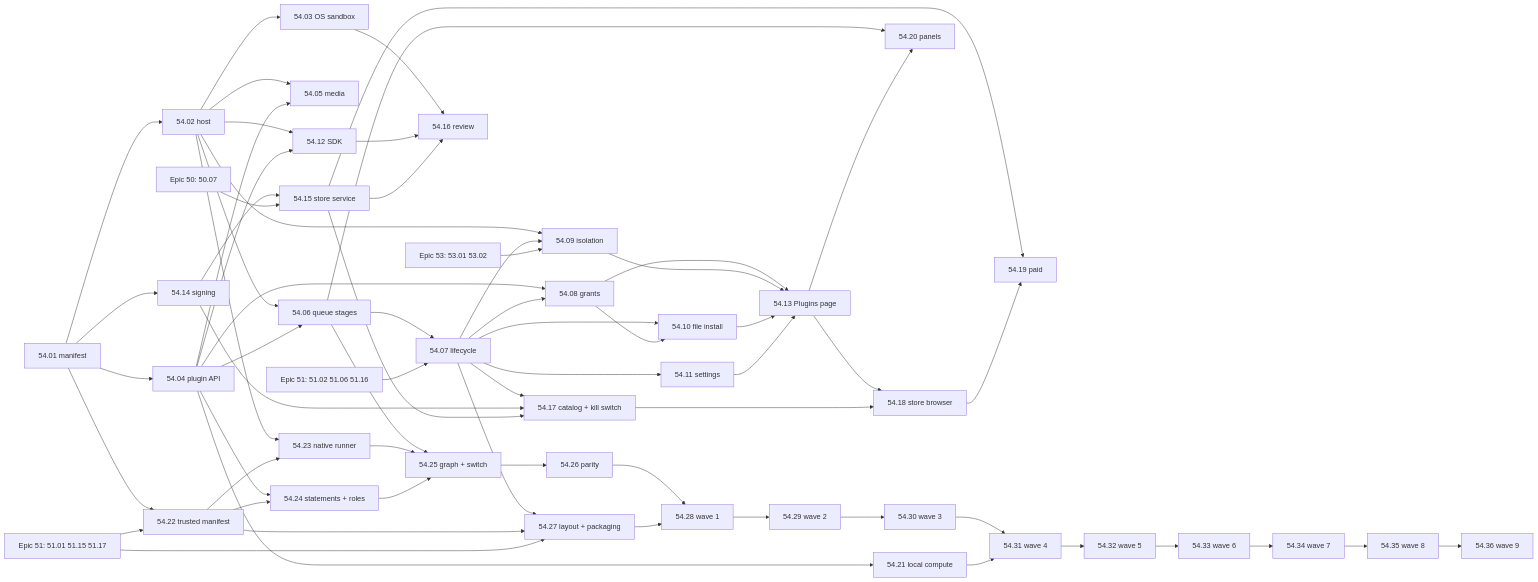
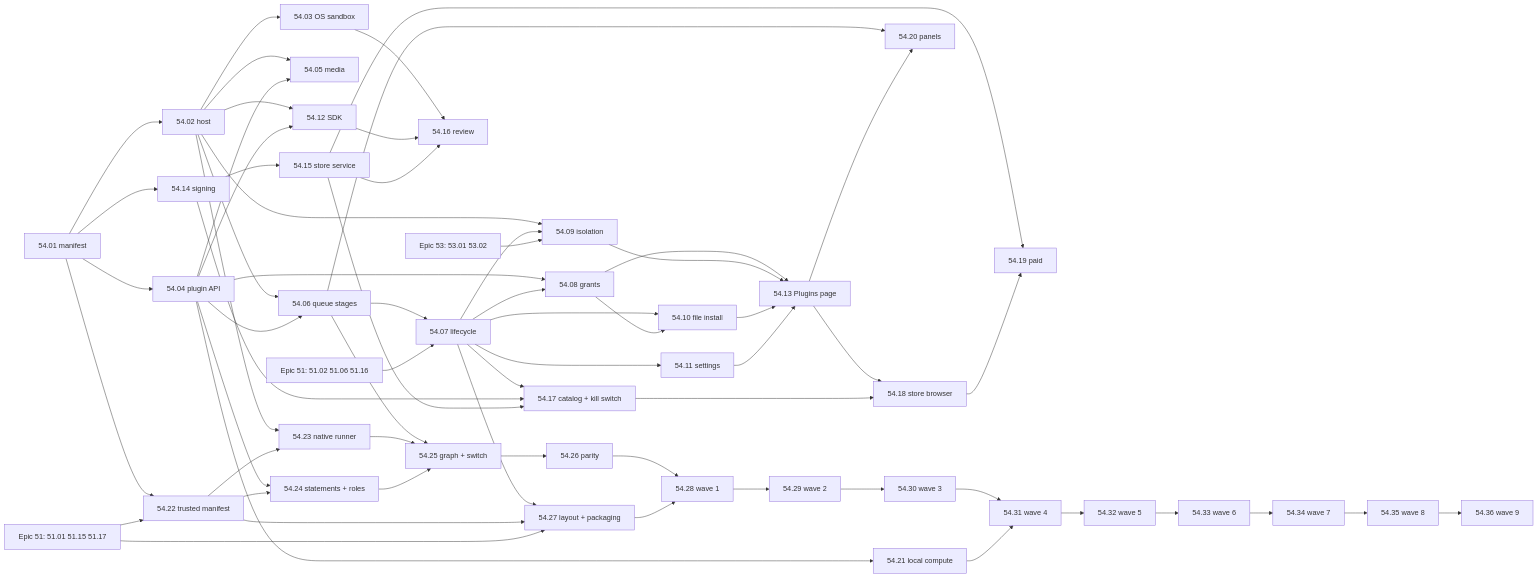
One commit to Hamza-Labs-Core/Maktaba changed the diagram in specs/epics/54-plugins/README.md. Above: the diagram before and after it, drawn with Mermaid. The commit also changed other lines of this file and 10 other files, not shown here.

````diff
--- a/specs/epics/54-plugins/README.md
+++ b/specs/epics/54-plugins/README.md
@@ -780,66 +821,65 @@
 ```mermaid
 graph LR
   S01[54.01 manifest] --> S02[54.02 host]
   S01 --> S04[54.04 plugin API]
   S01 --> S14[54.14 signing]
   S02 --> S03[54.03 OS sandbox]
   S02 --> S05[54.05 media]
   S04 --> S05
   S02 --> S06[54.06 queue stages]
   S04 --> S06
   S06 --> S07[54.07 lifecycle]
   E51[Epic 51: 51.02 51.06 51.16] --> S07
   S04 --> S08[54.08 grants]
   S07 --> S08
   S02 --> S09[54.09 isolation]
   S07 --> S09
   E53[Epic 53: 53.01 53.02] --> S09
   S07 --> S10[54.10 file install]
   S08 --> S10
   S07 --> S11[54.11 settings]
   S02 --> S12[54.12 SDK]
   S04 --> S12
   S08 --> S13[54.13 Plugins page]
   S09 --> S13
   S10 --> S13
   S11 --> S13
   S14 --> S15[54.15 store service]
-  E50[Epic 50: 50.07] --> S15
   S03 --> S16[54.16 review]
   S12 --> S16
   S15 --> S16
   S07 --> S17[54.17 catalog + kill switch]
   S14 --> S17
   S15 --> S17
   S13 --> S18[54.18 store browser]
   S17 --> S18
   S15 --> S19[54.19 paid]
   S18 --> S19
   S06 --> S20[54.20 panels]
   S13 --> S20
   S04 --> S21[54.21 local compute]
   S01 --> S22[54.22 trusted manifest]
   E51b[Epic 51: 51.01 51.15 51.17] --> S22
   S02 --> S23[54.23 native runner]
   S22 --> S23
   S04 --> S24[54.24 statements + roles]
   S22 --> S24
   S06 --> S25[54.25 graph + switch]
   S23 --> S25
   S24 --> S25
   S25 --> S26[54.26 parity]
   S07 --> S27[54.27 layout + packaging]
   S22 --> S27
   E51b --> S27
   S26 --> S28[54.28 wave 1]
   S27 --> S28
   S28 --> S29[54.29 wave 2]
   S29 --> S30[54.30 wave 3]
   S30 --> S31[54.31 wave 4]
   S21 --> S31
   S31 --> S32[54.32 wave 5]
   S32 --> S33[54.33 wave 6]
   S33 --> S34[54.34 wave 7]
   S34 --> S35[54.35 wave 8]
   S35 --> S36[54.36 wave 9]
 ```
````
